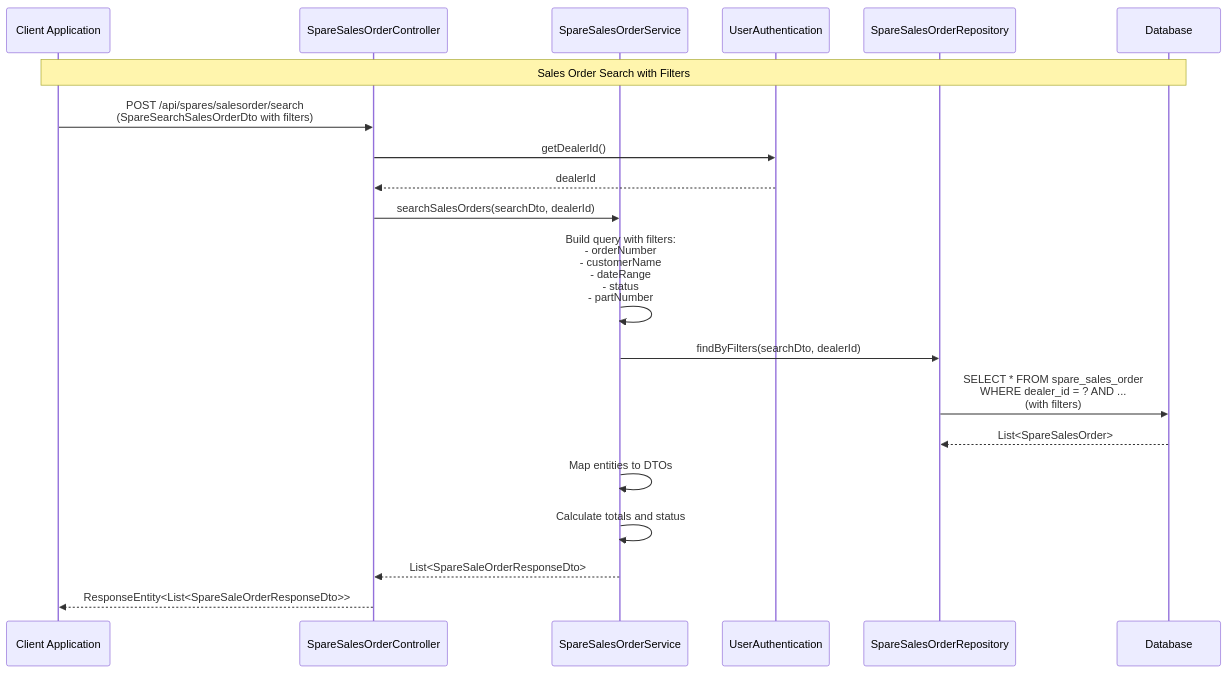
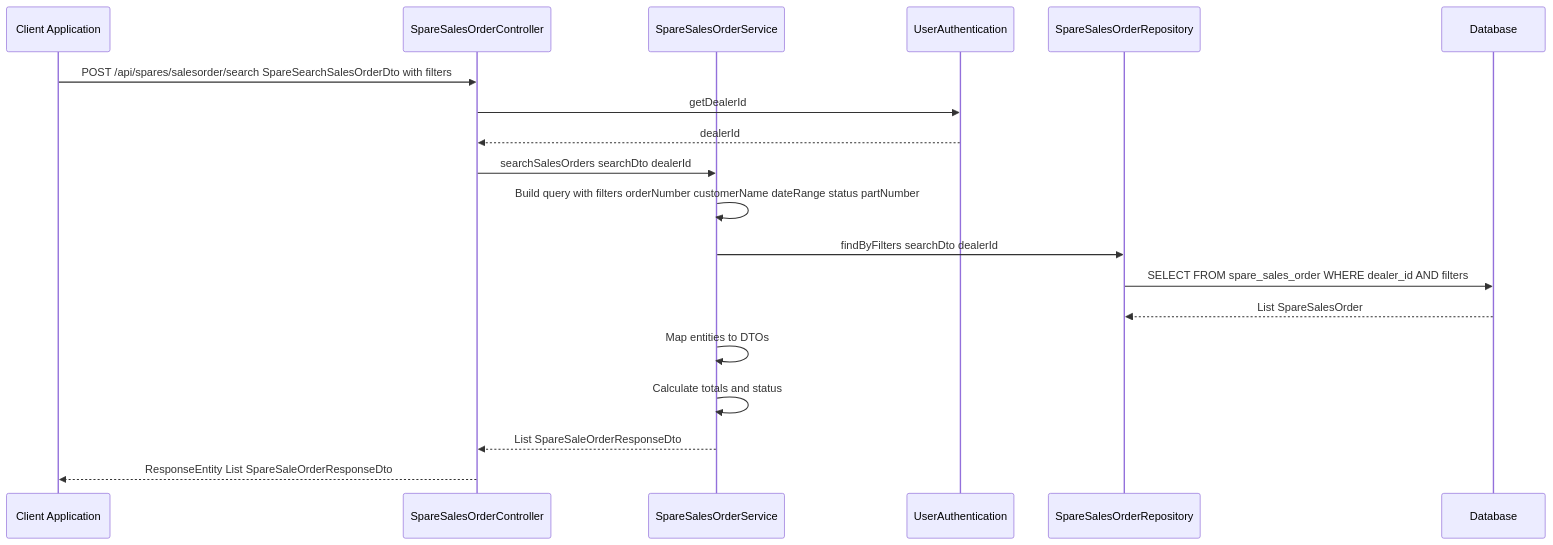
Diagram 11 of 12 in KUBOTA/KUBOTA-BACKENED/SPARES_MODULE_SEQUENCE_DIAGRAMS.md (sarthak-kanungo/MyProjectITLDIS), drawn with Mermaid before and after one commit. The commit also changed other lines of this file and 41 other files, not shown here.

First line of the commit message:
Refactor sequence diagrams and improve Mermaid syntax handling

````diff
--- a/KUBOTA/KUBOTA-BACKENED/SPARES_MODULE_SEQUENCE_DIAGRAMS.md
+++ b/KUBOTA/KUBOTA-BACKENED/SPARES_MODULE_SEQUENCE_DIAGRAMS.md
@@ -649,32 +649,29 @@
 ```mermaid
 sequenceDiagram
     %% Participants
     participant Client as Client Application
     participant Controller as SpareSalesOrderController
     participant Service as SpareSalesOrderService
     participant UserAuth as UserAuthentication
     participant SalesOrderRepo as SpareSalesOrderRepository
     participant DB as Database
 
-    %% Sales Order Search Flow
-    Note over Client,DB: Sales Order Search with Filters
+    Client->>Controller: POST /api/spares/salesorder/search SpareSearchSalesOrderDto with filters
     
-    Client->>Controller: POST /api/spares/salesorder/search<br/>(SpareSearchSalesOrderDto with filters)
-    
-    Controller->>UserAuth: getDealerId()
+    Controller->>UserAuth: getDealerId
     UserAuth-->>Controller: dealerId
     
-    Controller->>Service: searchSalesOrders(searchDto, dealerId)
+    Controller->>Service: searchSalesOrders searchDto dealerId
     
-    Service->>Service: Build query with filters:<br/>- orderNumber<br/>- customerName<br/>- dateRange<br/>- status<br/>- partNumber
+    Service->>Service: Build query with filters orderNumber customerName dateRange status partNumber
     
-    Service->>SalesOrderRepo: findByFilters(searchDto, dealerId)
-    SalesOrderRepo->>DB: SELECT * FROM spare_sales_order<br/>WHERE dealer_id = ? AND ...<br/>(with filters)
-    DB-->>SalesOrderRepo: List<SpareSalesOrder>
+    Service->>SalesOrderRepo: findByFilters searchDto dealerId
+    SalesOrderRepo->>DB: SELECT FROM spare_sales_order WHERE dealer_id AND filters
+    DB-->>SalesOrderRepo: List SpareSalesOrder
     
     Service->>Service: Map entities to DTOs
     Service->>Service: Calculate totals and status
     
-    Service-->>Controller: List<SpareSaleOrderResponseDto>
-    Controller-->>Client: ResponseEntity<List<SpareSaleOrderResponseDto>>
+    Service-->>Controller: List SpareSaleOrderResponseDto
+    Controller-->>Client: ResponseEntity List SpareSaleOrderResponseDto
 ```
````
